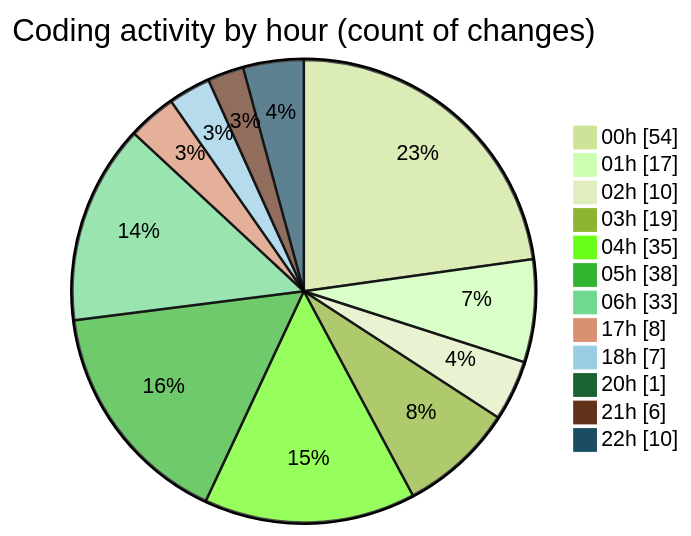
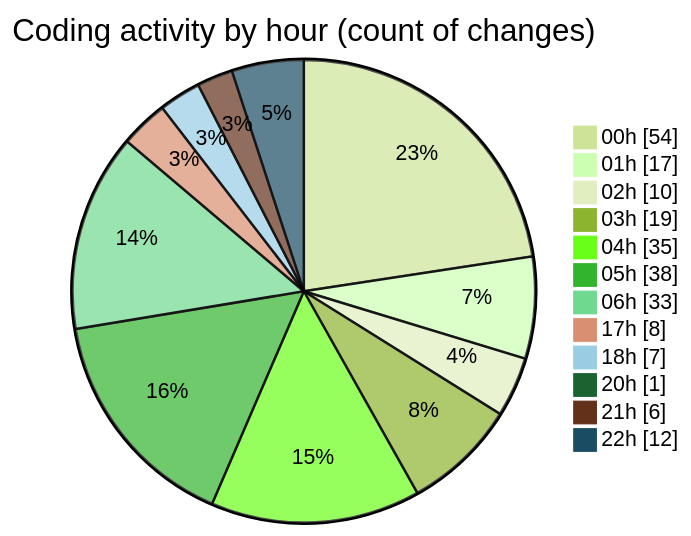
The second of 2 diagrams in 2025-07-26/quanlyrapchieuphim-1/README.md (lephambinh05/code-tracking), drawn with Mermaid (forest theme) before and after one commit. The commit also changed other lines of this file and 1 other file, not shown here.

````diff
--- a/2025-07-26/quanlyrapchieuphim-1/README.md
+++ b/2025-07-26/quanlyrapchieuphim-1/README.md
@@ -53,16 +53,16 @@
 ```mermaid
 pie showData
 title Coding activity by hour (count of changes)
 "00h" : 54
 "01h" : 17
 "02h" : 10
 "03h" : 19
 "04h" : 35
 "05h" : 38
 "06h" : 33
 "17h" : 8
 "18h" : 7
 "20h" : 1
 "21h" : 6
-"22h" : 10
+"22h" : 12
 ```
````
